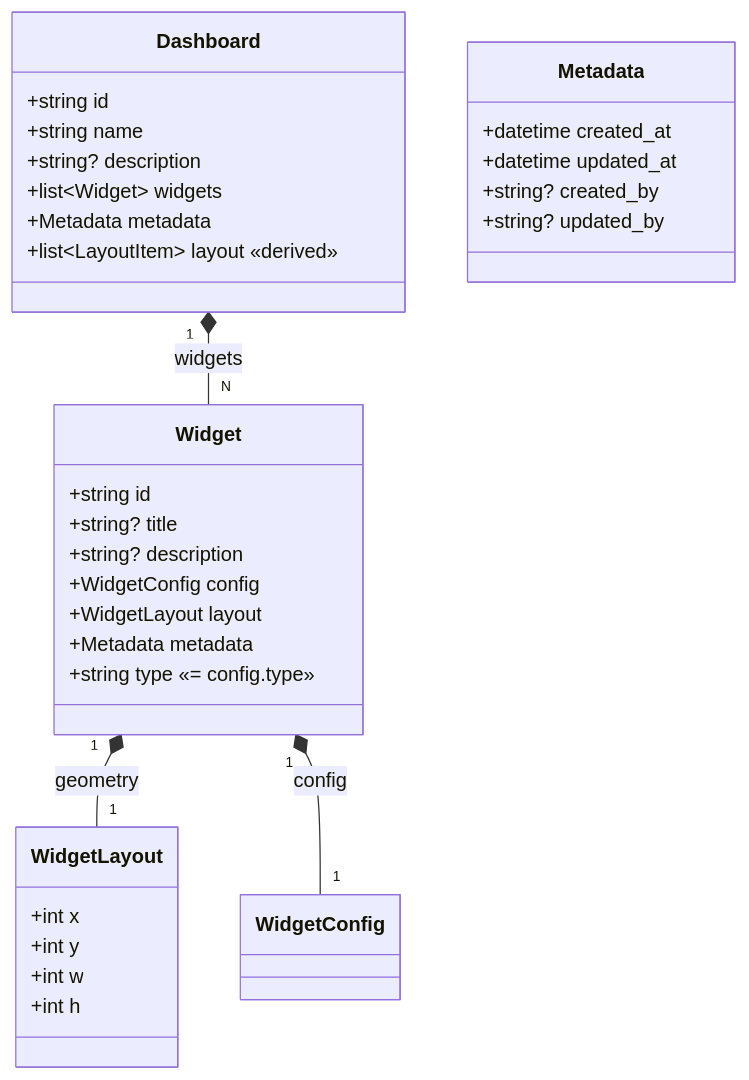
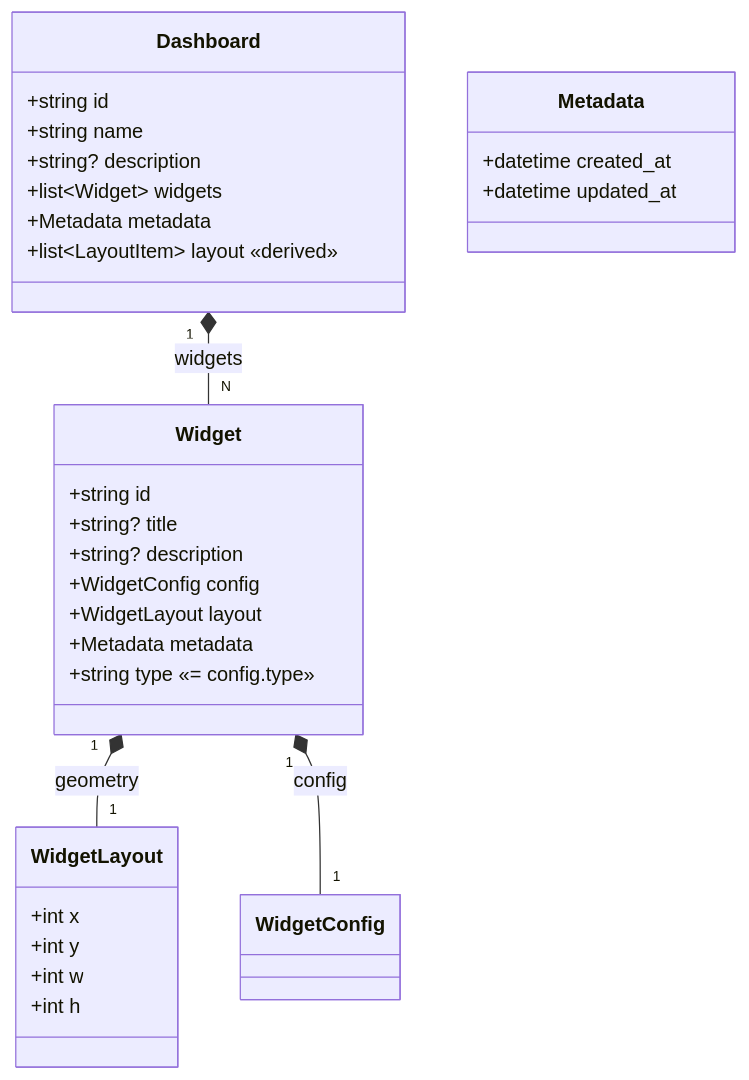
Before and after one commit to Agrid-Dev/gridone: the diagram in packages/dashboards/README.md, drawn with Mermaid. The commit also changed other lines of this file and 9 other files, not shown here.

````diff
--- a/packages/dashboards/README.md
+++ b/packages/dashboards/README.md
@@ -9,39 +9,37 @@
 ```mermaid
 classDiagram
     class Dashboard {
         +string id
         +string name
         +string? description
         +list~Widget~ widgets
         +Metadata metadata
         +list~LayoutItem~ layout  «derived»
     }
 
     class Widget {
         +string id
         +string? title
         +string? description
         +WidgetConfig config
         +WidgetLayout layout
         +Metadata metadata
         +string type  «= config.type»
     }
 
     class WidgetLayout {
         +int x
         +int y
         +int w
         +int h
     }
 
     class Metadata {
         +datetime created_at
         +datetime updated_at
-        +string? created_by
-        +string? updated_by
     }
 
     Dashboard "1" *-- "N" Widget : widgets
     Widget "1" *-- "1" WidgetLayout : geometry
     Widget "1" *-- "1" WidgetConfig : config
 ```
````
